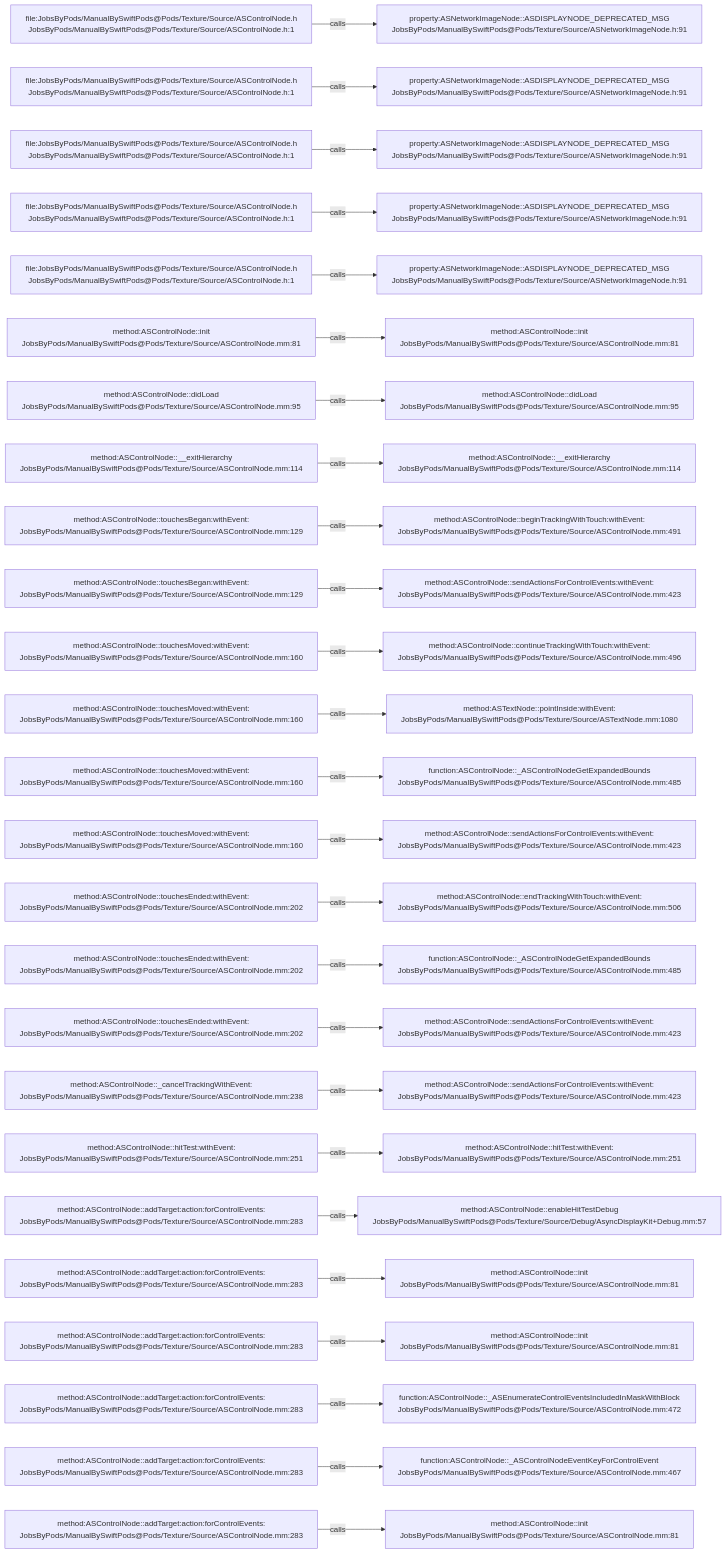
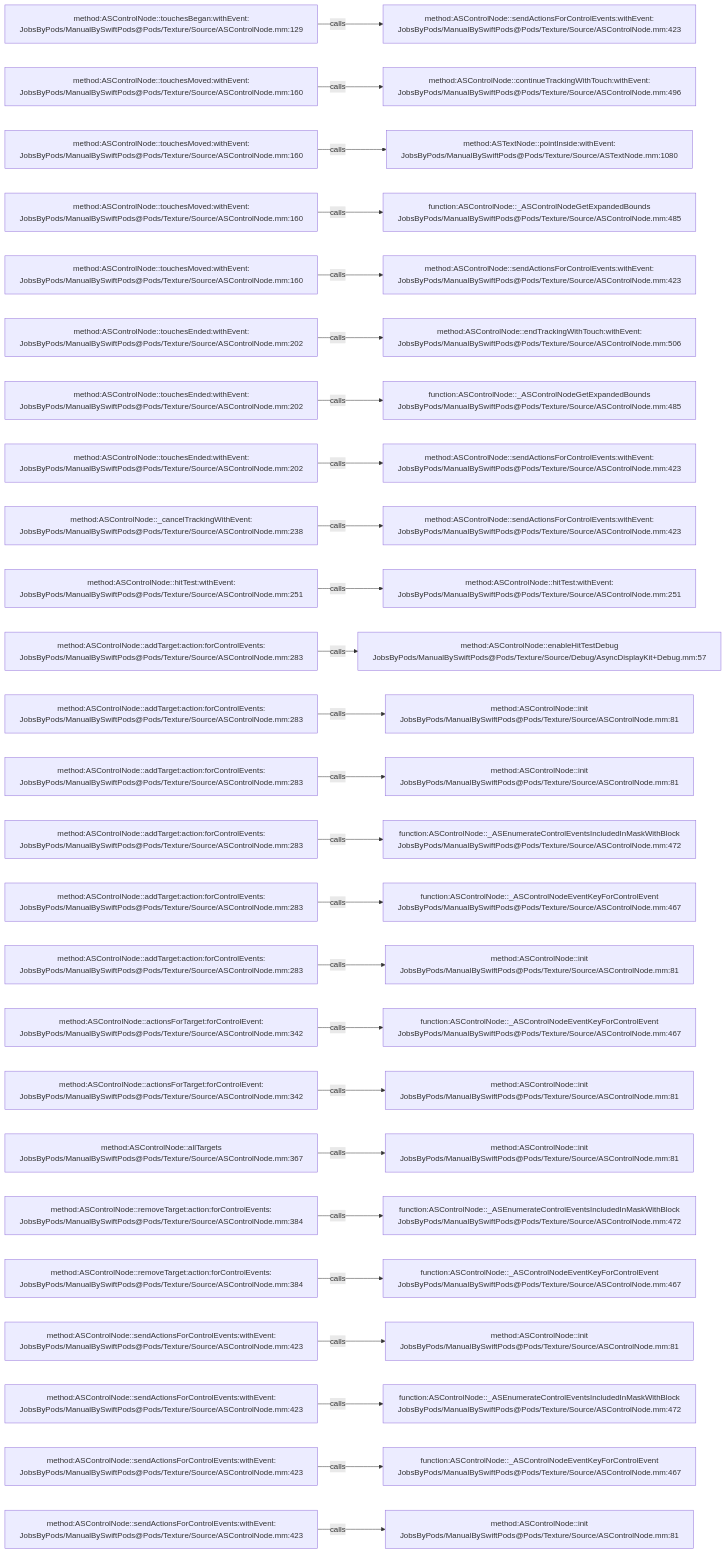
One commit to JobsKits/JobsSwiftBaseConfigDemo changed the diagram in .codegraph/codegraph.md/graphs/calls-017.md. Above: the diagram before and after it, drawn with Mermaid. The commit also changed 707 other files, not shown here.

````diff
--- a/.codegraph/codegraph.md/graphs/calls-017.md
+++ b/.codegraph/codegraph.md/graphs/calls-017.md
@@ -13,78 +13,78 @@
 ```mermaid
 flowchart LR
-  S1["file:JobsByPods/ManualBySwiftPods@Pods/Texture/Source/ASControlNode.h<br/>JobsByPods/ManualBySwiftPods@Pods/Texture/Source/ASControlNode.h:1"]
-  T1["property:ASNetworkImageNode::ASDISPLAYNODE_DEPRECATED_MSG<br/>JobsByPods/ManualBySwiftPods@Pods/Texture/Source/ASNetworkImageNode.h:91"]
+  S1["method:ASControlNode::touchesBegan:withEvent:<br/>JobsByPods/ManualBySwiftPods@Pods/Texture/Source/ASControlNode.mm:129"]
+  T1["method:ASControlNode::sendActionsForControlEvents:withEvent:<br/>JobsByPods/ManualBySwiftPods@Pods/Texture/Source/ASControlNode.mm:423"]
   S1 -->|calls| T1
-  S2["file:JobsByPods/ManualBySwiftPods@Pods/Texture/Source/ASControlNode.h<br/>JobsByPods/ManualBySwiftPods@Pods/Texture/Source/ASControlNode.h:1"]
-  T2["property:ASNetworkImageNode::ASDISPLAYNODE_DEPRECATED_MSG<br/>JobsByPods/ManualBySwiftPods@Pods/Texture/Source/ASNetworkImageNode.h:91"]
+  S2["method:ASControlNode::touchesMoved:withEvent:<br/>JobsByPods/ManualBySwiftPods@Pods/Texture/Source/ASControlNode.mm:160"]
+  T2["method:ASControlNode::continueTrackingWithTouch:withEvent:<br/>JobsByPods/ManualBySwiftPods@Pods/Texture/Source/ASControlNode.mm:496"]
   S2 -->|calls| T2
-  S3["file:JobsByPods/ManualBySwiftPods@Pods/Texture/Source/ASControlNode.h<br/>JobsByPods/ManualBySwiftPods@Pods/Texture/Source/ASControlNode.h:1"]
-  T3["property:ASNetworkImageNode::ASDISPLAYNODE_DEPRECATED_MSG<br/>JobsByPods/ManualBySwiftPods@Pods/Texture/Source/ASNetworkImageNode.h:91"]
+  S3["method:ASControlNode::touchesMoved:withEvent:<br/>JobsByPods/ManualBySwiftPods@Pods/Texture/Source/ASControlNode.mm:160"]
+  T3["method:ASTextNode::pointInside:withEvent:<br/>JobsByPods/ManualBySwiftPods@Pods/Texture/Source/ASTextNode.mm:1080"]
   S3 -->|calls| T3
-  S4["file:JobsByPods/ManualBySwiftPods@Pods/Texture/Source/ASControlNode.h<br/>JobsByPods/ManualBySwiftPods@Pods/Texture/Source/ASControlNode.h:1"]
-  T4["property:ASNetworkImageNode::ASDISPLAYNODE_DEPRECATED_MSG<br/>JobsByPods/ManualBySwiftPods@Pods/Texture/Source/ASNetworkImageNode.h:91"]
+  S4["method:ASControlNode::touchesMoved:withEvent:<br/>JobsByPods/ManualBySwiftPods@Pods/Texture/Source/ASControlNode.mm:160"]
+  T4["function:ASControlNode::_ASControlNodeGetExpandedBounds<br/>JobsByPods/ManualBySwiftPods@Pods/Texture/Source/ASControlNode.mm:485"]
   S4 -->|calls| T4
-  S5["file:JobsByPods/ManualBySwiftPods@Pods/Texture/Source/ASControlNode.h<br/>JobsByPods/ManualBySwiftPods@Pods/Texture/Source/ASControlNode.h:1"]
-  T5["property:ASNetworkImageNode::ASDISPLAYNODE_DEPRECATED_MSG<br/>JobsByPods/ManualBySwiftPods@Pods/Texture/Source/ASNetworkImageNode.h:91"]
+  S5["method:ASControlNode::touchesMoved:withEvent:<br/>JobsByPods/ManualBySwiftPods@Pods/Texture/Source/ASControlNode.mm:160"]
+  T5["method:ASControlNode::sendActionsForControlEvents:withEvent:<br/>JobsByPods/ManualBySwiftPods@Pods/Texture/Source/ASControlNode.mm:423"]
   S5 -->|calls| T5
-  S6["method:ASControlNode::init<br/>JobsByPods/ManualBySwiftPods@Pods/Texture/Source/ASControlNode.mm:81"]
-  T6["method:ASControlNode::init<br/>JobsByPods/ManualBySwiftPods@Pods/Texture/Source/ASControlNode.mm:81"]
+  S6["method:ASControlNode::touchesEnded:withEvent:<br/>JobsByPods/ManualBySwiftPods@Pods/Texture/Source/ASControlNode.mm:202"]
+  T6["method:ASControlNode::endTrackingWithTouch:withEvent:<br/>JobsByPods/ManualBySwiftPods@Pods/Texture/Source/ASControlNode.mm:506"]
   S6 -->|calls| T6
-  S7["method:ASControlNode::didLoad<br/>JobsByPods/ManualBySwiftPods@Pods/Texture/Source/ASControlNode.mm:95"]
-  T7["method:ASControlNode::didLoad<br/>JobsByPods/ManualBySwiftPods@Pods/Texture/Source/ASControlNode.mm:95"]
+  S7["method:ASControlNode::touchesEnded:withEvent:<br/>JobsByPods/ManualBySwiftPods@Pods/Texture/Source/ASControlNode.mm:202"]
+  T7["function:ASControlNode::_ASControlNodeGetExpandedBounds<br/>JobsByPods/ManualBySwiftPods@Pods/Texture/Source/ASControlNode.mm:485"]
   S7 -->|calls| T7
-  S8["method:ASControlNode::__exitHierarchy<br/>JobsByPods/ManualBySwiftPods@Pods/Texture/Source/ASControlNode.mm:114"]
-  T8["method:ASControlNode::__exitHierarchy<br/>JobsByPods/ManualBySwiftPods@Pods/Texture/Source/ASControlNode.mm:114"]
+  S8["method:ASControlNode::touchesEnded:withEvent:<br/>JobsByPods/ManualBySwiftPods@Pods/Texture/Source/ASControlNode.mm:202"]
+  T8["method:ASControlNode::sendActionsForControlEvents:withEvent:<br/>JobsByPods/ManualBySwiftPods@Pods/Texture/Source/ASControlNode.mm:423"]
   S8 -->|calls| T8
-  S9["method:ASControlNode::touchesBegan:withEvent:<br/>JobsByPods/ManualBySwiftPods@Pods/Texture/Source/ASControlNode.mm:129"]
-  T9["method:ASControlNode::beginTrackingWithTouch:withEvent:<br/>JobsByPods/ManualBySwiftPods@Pods/Texture/Source/ASControlNode.mm:491"]
+  S9["method:ASControlNode::_cancelTrackingWithEvent:<br/>JobsByPods/ManualBySwiftPods@Pods/Texture/Source/ASControlNode.mm:238"]
+  T9["method:ASControlNode::sendActionsForControlEvents:withEvent:<br/>JobsByPods/ManualBySwiftPods@Pods/Texture/Source/ASControlNode.mm:423"]
   S9 -->|calls| T9
-  S10["method:ASControlNode::touchesBegan:withEvent:<br/>JobsByPods/ManualBySwiftPods@Pods/Texture/Source/ASControlNode.mm:129"]
-  T10["method:ASControlNode::sendActionsForControlEvents:withEvent:<br/>JobsByPods/ManualBySwiftPods@Pods/Texture/Source/ASControlNode.mm:423"]
+  S10["method:ASControlNode::hitTest:withEvent:<br/>JobsByPods/ManualBySwiftPods@Pods/Texture/Source/ASControlNode.mm:251"]
+  T10["method:ASControlNode::hitTest:withEvent:<br/>JobsByPods/ManualBySwiftPods@Pods/Texture/Source/ASControlNode.mm:251"]
   S10 -->|calls| T10
-  S11["method:ASControlNode::touchesMoved:withEvent:<br/>JobsByPods/ManualBySwiftPods@Pods/Texture/Source/ASControlNode.mm:160"]
-  T11["method:ASControlNode::continueTrackingWithTouch:withEvent:<br/>JobsByPods/ManualBySwiftPods@Pods/Texture/Source/ASControlNode.mm:496"]
+  S11["method:ASControlNode::addTarget:action:forControlEvents:<br/>JobsByPods/ManualBySwiftPods@Pods/Texture/Source/ASControlNode.mm:283"]
+  T11["method:ASControlNode::enableHitTestDebug<br/>JobsByPods/ManualBySwiftPods@Pods/Texture/Source/Debug/AsyncDisplayKit+Debug.mm:57"]
   S11 -->|calls| T11
-  S12["method:ASControlNode::touchesMoved:withEvent:<br/>JobsByPods/ManualBySwiftPods@Pods/Texture/Source/ASControlNode.mm:160"]
-  T12["method:ASTextNode::pointInside:withEvent:<br/>JobsByPods/ManualBySwiftPods@Pods/Texture/Source/ASTextNode.mm:1080"]
+  S12["method:ASControlNode::addTarget:action:forControlEvents:<br/>JobsByPods/ManualBySwiftPods@Pods/Texture/Source/ASControlNode.mm:283"]
+  T12["method:ASControlNode::init<br/>JobsByPods/ManualBySwiftPods@Pods/Texture/Source/ASControlNode.mm:81"]
   S12 -->|calls| T12
-  S13["method:ASControlNode::touchesMoved:withEvent:<br/>JobsByPods/ManualBySwiftPods@Pods/Texture/Source/ASControlNode.mm:160"]
-  T13["function:ASControlNode::_ASControlNodeGetExpandedBounds<br/>JobsByPods/ManualBySwiftPods@Pods/Texture/Source/ASControlNode.mm:485"]
+  S13["method:ASControlNode::addTarget:action:forControlEvents:<br/>JobsByPods/ManualBySwiftPods@Pods/Texture/Source/ASControlNode.mm:283"]
+  T13["method:ASControlNode::init<br/>JobsByPods/ManualBySwiftPods@Pods/Texture/Source/ASControlNode.mm:81"]
   S13 -->|calls| T13
-  S14["method:ASControlNode::touchesMoved:withEvent:<br/>JobsByPods/ManualBySwiftPods@Pods/Texture/Source/ASControlNode.mm:160"]
-  T14["method:ASControlNode::sendActionsForControlEvents:withEvent:<br/>JobsByPods/ManualBySwiftPods@Pods/Texture/Source/ASControlNode.mm:423"]
+  S14["method:ASControlNode::addTarget:action:forControlEvents:<br/>JobsByPods/ManualBySwiftPods@Pods/Texture/Source/ASControlNode.mm:283"]
+  T14["function:ASControlNode::_ASEnumerateControlEventsIncludedInMaskWithBlock<br/>JobsByPods/ManualBySwiftPods@Pods/Texture/Source/ASControlNode.mm:472"]
   S14 -->|calls| T14
-  S15["method:ASControlNode::touchesEnded:withEvent:<br/>JobsByPods/ManualBySwiftPods@Pods/Texture/Source/ASControlNode.mm:202"]
-  T15["method:ASControlNode::endTrackingWithTouch:withEvent:<br/>JobsByPods/ManualBySwiftPods@Pods/Texture/Source/ASControlNode.mm:506"]
+  S15["method:ASControlNode::addTarget:action:forControlEvents:<br/>JobsByPods/ManualBySwiftPods@Pods/Texture/Source/ASControlNode.mm:283"]
+  T15["function:ASControlNode::_ASControlNodeEventKeyForControlEvent<br/>JobsByPods/ManualBySwiftPods@Pods/Texture/Source/ASControlNode.mm:467"]
   S15 -->|calls| T15
-  S16["method:ASControlNode::touchesEnded:withEvent:<br/>JobsByPods/ManualBySwiftPods@Pods/Texture/Source/ASControlNode.mm:202"]
-  T16["function:ASControlNode::_ASControlNodeGetExpandedBounds<br/>JobsByPods/ManualBySwiftPods@Pods/Texture/Source/ASControlNode.mm:485"]
+  S16["method:ASControlNode::addTarget:action:forControlEvents:<br/>JobsByPods/ManualBySwiftPods@Pods/Texture/Source/ASControlNode.mm:283"]
+  T16["method:ASControlNode::init<br/>JobsByPods/ManualBySwiftPods@Pods/Texture/Source/ASControlNode.mm:81"]
   S16 -->|calls| T16
-  S17["method:ASControlNode::touchesEnded:withEvent:<br/>JobsByPods/ManualBySwiftPods@Pods/Texture/Source/ASControlNode.mm:202"]
-  T17["method:ASControlNode::sendActionsForControlEvents:withEvent:<br/>JobsByPods/ManualBySwiftPods@Pods/Texture/Source/ASControlNode.mm:423"]
+  S17["method:ASControlNode::actionsForTarget:forControlEvent:<br/>JobsByPods/ManualBySwiftPods@Pods/Texture/Source/ASControlNode.mm:342"]
+  T17["function:ASControlNode::_ASControlNodeEventKeyForControlEvent<br/>JobsByPods/ManualBySwiftPods@Pods/Texture/Source/ASControlNode.mm:467"]
   S17 -->|calls| T17
-  S18["method:ASControlNode::_cancelTrackingWithEvent:<br/>JobsByPods/ManualBySwiftPods@Pods/Texture/Source/ASControlNode.mm:238"]
-  T18["method:ASControlNode::sendActionsForControlEvents:withEvent:<br/>JobsByPods/ManualBySwiftPods@Pods/Texture/Source/ASControlNode.mm:423"]
+  S18["method:ASControlNode::actionsForTarget:forControlEvent:<br/>JobsByPods/ManualBySwiftPods@Pods/Texture/Source/ASControlNode.mm:342"]
+  T18["method:ASControlNode::init<br/>JobsByPods/ManualBySwiftPods@Pods/Texture/Source/ASControlNode.mm:81"]
   S18 -->|calls| T18
-  S19["method:ASControlNode::hitTest:withEvent:<br/>JobsByPods/ManualBySwiftPods@Pods/Texture/Source/ASControlNode.mm:251"]
-  T19["method:ASControlNode::hitTest:withEvent:<br/>JobsByPods/ManualBySwiftPods@Pods/Texture/Source/ASControlNode.mm:251"]
+  S19["method:ASControlNode::allTargets<br/>JobsByPods/ManualBySwiftPods@Pods/Texture/Source/ASControlNode.mm:367"]
+  T19["method:ASControlNode::init<br/>JobsByPods/ManualBySwiftPods@Pods/Texture/Source/ASControlNode.mm:81"]
   S19 -->|calls| T19
-  S20["method:ASControlNode::addTarget:action:forControlEvents:<br/>JobsByPods/ManualBySwiftPods@Pods/Texture/Source/ASControlNode.mm:283"]
-  T20["method:ASControlNode::enableHitTestDebug<br/>JobsByPods/ManualBySwiftPods@Pods/Texture/Source/Debug/AsyncDisplayKit+Debug.mm:57"]
+  S20["method:ASControlNode::removeTarget:action:forControlEvents:<br/>JobsByPods/ManualBySwiftPods@Pods/Texture/Source/ASControlNode.mm:384"]
+  T20["function:ASControlNode::_ASEnumerateControlEventsIncludedInMaskWithBlock<br/>JobsByPods/ManualBySwiftPods@Pods/Texture/Source/ASControlNode.mm:472"]
   S20 -->|calls| T20
-  S21["method:ASControlNode::addTarget:action:forControlEvents:<br/>JobsByPods/ManualBySwiftPods@Pods/Texture/Source/ASControlNode.mm:283"]
-  T21["method:ASControlNode::init<br/>JobsByPods/ManualBySwiftPods@Pods/Texture/Source/ASControlNode.mm:81"]
+  S21["method:ASControlNode::removeTarget:action:forControlEvents:<br/>JobsByPods/ManualBySwiftPods@Pods/Texture/Source/ASControlNode.mm:384"]
+  T21["function:ASControlNode::_ASControlNodeEventKeyForControlEvent<br/>JobsByPods/ManualBySwiftPods@Pods/Texture/Source/ASControlNode.mm:467"]
   S21 -->|calls| T21
-  S22["method:ASControlNode::addTarget:action:forControlEvents:<br/>JobsByPods/ManualBySwiftPods@Pods/Texture/Source/ASControlNode.mm:283"]
+  S22["method:ASControlNode::sendActionsForControlEvents:withEvent:<br/>JobsByPods/ManualBySwiftPods@Pods/Texture/Source/ASControlNode.mm:423"]
   T22["method:ASControlNode::init<br/>JobsByPods/ManualBySwiftPods@Pods/Texture/Source/ASControlNode.mm:81"]
   S22 -->|calls| T22
-  S23["method:ASControlNode::addTarget:action:forControlEvents:<br/>JobsByPods/ManualBySwiftPods@Pods/Texture/Source/ASControlNode.mm:283"]
+  S23["method:ASControlNode::sendActionsForControlEvents:withEvent:<br/>JobsByPods/ManualBySwiftPods@Pods/Texture/Source/ASControlNode.mm:423"]
   T23["function:ASControlNode::_ASEnumerateControlEventsIncludedInMaskWithBlock<br/>JobsByPods/ManualBySwiftPods@Pods/Texture/Source/ASControlNode.mm:472"]
   S23 -->|calls| T23
-  S24["method:ASControlNode::addTarget:action:forControlEvents:<br/>JobsByPods/ManualBySwiftPods@Pods/Texture/Source/ASControlNode.mm:283"]
+  S24["method:ASControlNode::sendActionsForControlEvents:withEvent:<br/>JobsByPods/ManualBySwiftPods@Pods/Texture/Source/ASControlNode.mm:423"]
   T24["function:ASControlNode::_ASControlNodeEventKeyForControlEvent<br/>JobsByPods/ManualBySwiftPods@Pods/Texture/Source/ASControlNode.mm:467"]
   S24 -->|calls| T24
-  S25["method:ASControlNode::addTarget:action:forControlEvents:<br/>JobsByPods/ManualBySwiftPods@Pods/Texture/Source/ASControlNode.mm:283"]
+  S25["method:ASControlNode::sendActionsForControlEvents:withEvent:<br/>JobsByPods/ManualBySwiftPods@Pods/Texture/Source/ASControlNode.mm:423"]
   T25["method:ASControlNode::init<br/>JobsByPods/ManualBySwiftPods@Pods/Texture/Source/ASControlNode.mm:81"]
   S25 -->|calls| T25
 ```
````
